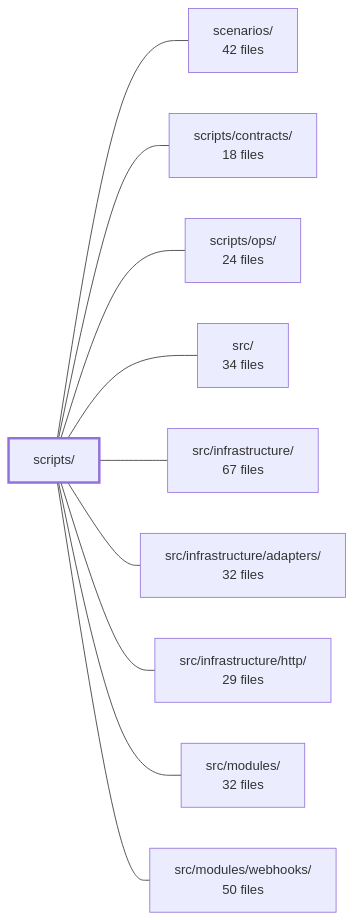
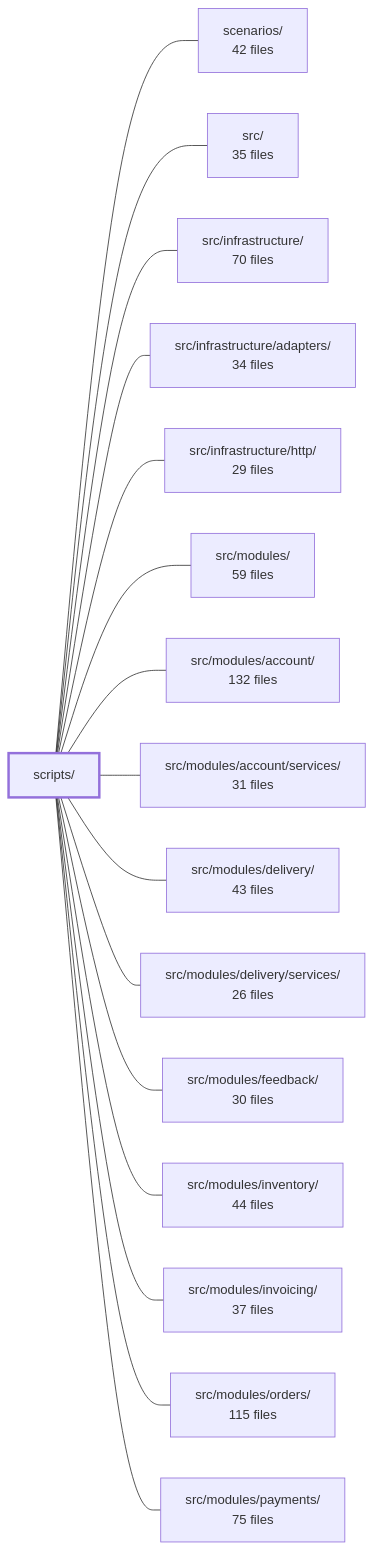
Before and after one commit to Guebbit/boilerplate-node-backend: the diagram in .2brain/modules/boilerplate-node-backend_scripts.md, drawn with Mermaid. The commit also changed other lines of this file and 627 other files, not shown here.

````diff
--- a/.2brain/modules/boilerplate-node-backend_scripts.md
+++ b/.2brain/modules/boilerplate-node-backend_scripts.md
@@ -42,23 +39,35 @@
 ```mermaid
 flowchart LR
     m_scripts["scripts/"]
     m_scenarios["scenarios/<br/>42 files"]
-    m_scripts_contracts["scripts/contracts/<br/>18 files"]
-    m_scripts_ops["scripts/ops/<br/>24 files"]
-    m_src["src/<br/>34 files"]
-    m_src_infrastructure["src/infrastructure/<br/>67 files"]
-    m_src_infrastructure_adapters["src/infrastructure/adapters/<br/>32 files"]
+    m_src["src/<br/>35 files"]
+    m_src_infrastructure["src/infrastructure/<br/>70 files"]
+    m_src_infrastructure_adapters["src/infrastructure/adapters/<br/>34 files"]
     m_src_infrastructure_http["src/infrastructure/http/<br/>29 files"]
-    m_src_modules["src/modules/<br/>32 files"]
-    m_src_modules_webhooks["src/modules/webhooks/<br/>50 files"]
+    m_src_modules["src/modules/<br/>59 files"]
+    m_src_modules_account["src/modules/account/<br/>132 files"]
+    m_src_modules_account_services["src/modules/account/services/<br/>31 files"]
+    m_src_modules_delivery["src/modules/delivery/<br/>43 files"]
+    m_src_modules_delivery_services["src/modules/delivery/services/<br/>26 files"]
+    m_src_modules_feedback["src/modules/feedback/<br/>30 files"]
+    m_src_modules_inventory["src/modules/inventory/<br/>44 files"]
+    m_src_modules_invoicing["src/modules/invoicing/<br/>37 files"]
+    m_src_modules_orders["src/modules/orders/<br/>115 files"]
+    m_src_modules_payments["src/modules/payments/<br/>75 files"]
     m_scripts --- m_scenarios
-    m_scripts --- m_scripts_contracts
-    m_scripts --- m_scripts_ops
     m_scripts --- m_src
     m_scripts --- m_src_infrastructure
     m_scripts --- m_src_infrastructure_adapters
     m_scripts --- m_src_infrastructure_http
     m_scripts --- m_src_modules
-    m_scripts --- m_src_modules_webhooks
+    m_scripts --- m_src_modules_account
+    m_scripts --- m_src_modules_account_services
+    m_scripts --- m_src_modules_delivery
+    m_scripts --- m_src_modules_delivery_services
+    m_scripts --- m_src_modules_feedback
+    m_scripts --- m_src_modules_inventory
+    m_scripts --- m_src_modules_invoicing
+    m_scripts --- m_src_modules_orders
+    m_scripts --- m_src_modules_payments
     style m_scripts stroke-width:3px
 ```
````
